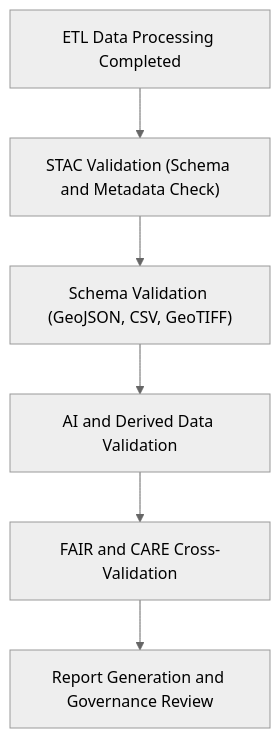
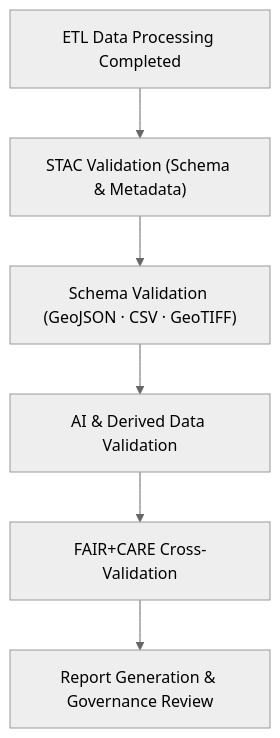
One commit to bartytime4life/Kansas-Frontier-Matrix changed the diagram in data/reports/validation/README.md. Above: the diagram before and after it, drawn with Mermaid (neutral theme). The commit also changed other lines of this file, not shown here.

````diff
--- a/data/reports/validation/README.md
+++ b/data/reports/validation/README.md
@@ -61,8 +65,8 @@
 ```mermaid
 flowchart TD
-    A["ETL Data Processing Completed"] --> B["STAC Validation (Schema and Metadata Check)"]
-    B --> C["Schema Validation (GeoJSON, CSV, GeoTIFF)"]
-    C --> D["AI and Derived Data Validation"]
-    D --> E["FAIR and CARE Cross-Validation"]
-    E --> F["Report Generation and Governance Review"]
+    A["ETL Data Processing Completed"] --> B["STAC Validation (Schema & Metadata)"]
+    B --> C["Schema Validation (GeoJSON · CSV · GeoTIFF)"]
+    C --> D["AI & Derived Data Validation"]
+    D --> E["FAIR+CARE Cross-Validation"]
+    E --> F["Report Generation & Governance Review"]
 ```
````
